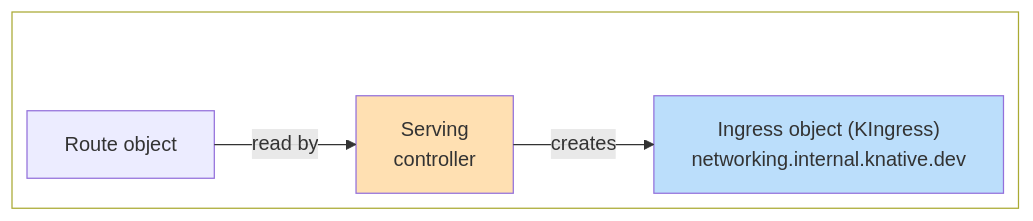
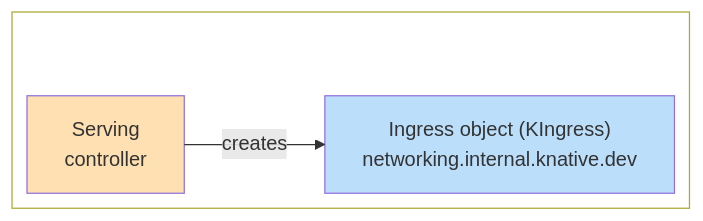
The third of 8 diagrams in docs/versioned/serving/config-network-adapters.md (knative/docs), drawn with Mermaid before and after one commit. The commit also changed other lines of this file, not shown here.

````diff
--- a/docs/versioned/serving/config-network-adapters.md
+++ b/docs/versioned/serving/config-network-adapters.md
@@ -92,19 +91,17 @@
     ```mermaid
     ---
     config:
       layout: elk
       theme: default
     ---
     flowchart LR
       subgraph top[" "]
         direction LR
             kingress1["Ingress object (KIngress)<br>networking.internal.knative.dev"]
             serving["Serving<br>controller"]
-            route["Route object"]
       end
-        route -- read by --> serving
         serving -- creates --> kingress1
         style kingress1 fill:#BBDEFB,stroke-width:1px,stroke-dasharray: 0
         style serving fill:#FFE0B2
         style top fill:transparent
     ```
````
